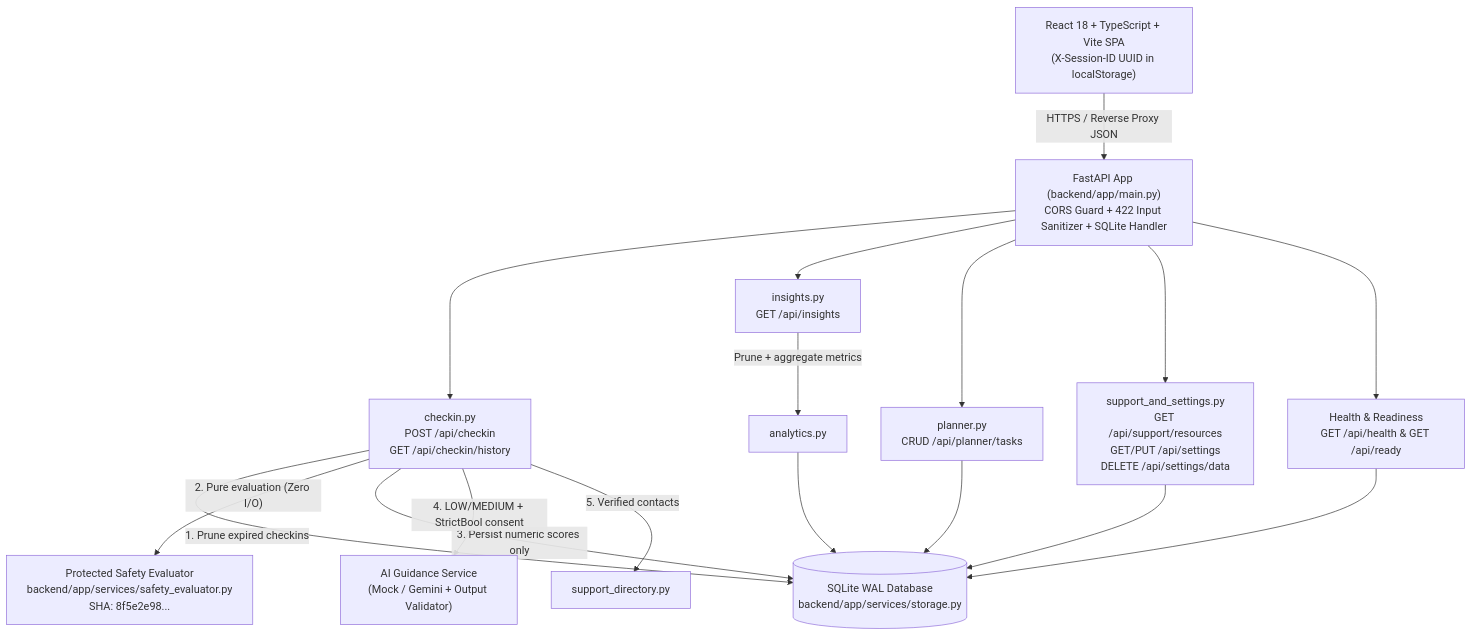
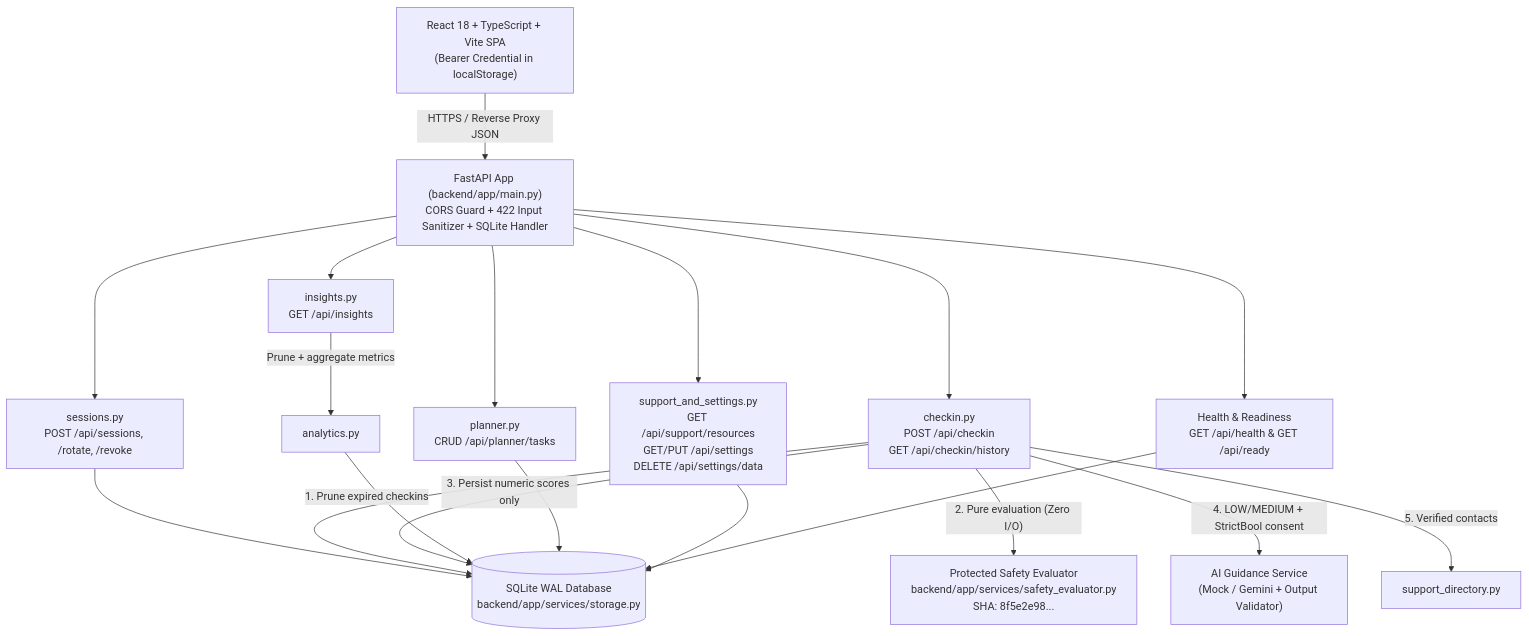
Before and after one commit to nikhi20-900/calmspace: the second of 7 diagrams in README.md, drawn with Mermaid. The commit also changed other lines of this file and 35 other files, not shown here.

````diff
--- a/README.md
+++ b/README.md
@@ -112,22 +112,24 @@
 ```mermaid
 flowchart TD
-    Browser["React 18 + TypeScript + Vite SPA<br/>(X-Session-ID UUID in localStorage)"] -->|HTTPS / Reverse Proxy JSON| API["FastAPI App (backend/app/main.py)<br/>CORS Guard + 422 Input Sanitizer + SQLite Handler"]
+    Browser["React 18 + TypeScript + Vite SPA<br/>(Bearer Credential in localStorage)"] -->|HTTPS / Reverse Proxy JSON| API["FastAPI App (backend/app/main.py)<br/>CORS Guard + 422 Input Sanitizer + SQLite Handler"]
 
+    API --> R0["sessions.py<br/>POST /api/sessions, /rotate, /revoke"]
     API --> R1["checkin.py<br/>POST /api/checkin<br/>GET /api/checkin/history"]
     API --> R2["insights.py<br/>GET /api/insights"]
     API --> R3["planner.py<br/>CRUD /api/planner/tasks"]
     API --> R4["support_and_settings.py<br/>GET /api/support/resources<br/>GET/PUT /api/settings<br/>DELETE /api/settings/data"]
     API --> R5["Health & Readiness<br/>GET /api/health & GET /api/ready"]
 
+    R0 --> DB
     R1 -->|"1. Prune expired checkins"| DB[("SQLite WAL Database<br/>backend/app/services/storage.py")]
     R1 -->|"2. Pure evaluation (Zero I/O)"| Safety["Protected Safety Evaluator<br/>backend/app/services/safety_evaluator.py<br/>SHA: 8f5e2e98..."]
     R1 -->|"3. Persist numeric scores only"| DB
     R1 -->|"4. LOW/MEDIUM + StrictBool consent"| AI["AI Guidance Service<br/>(Mock / Gemini + Output Validator)"]
     R1 -->|"5. Verified contacts"| Sup["support_directory.py"]
 
     R2 -->|"Prune + aggregate metrics"| Analytics["analytics.py"]
     Analytics --> DB
     R3 --> DB
     R4 --> DB
     R5 --> DB
 ```
````
